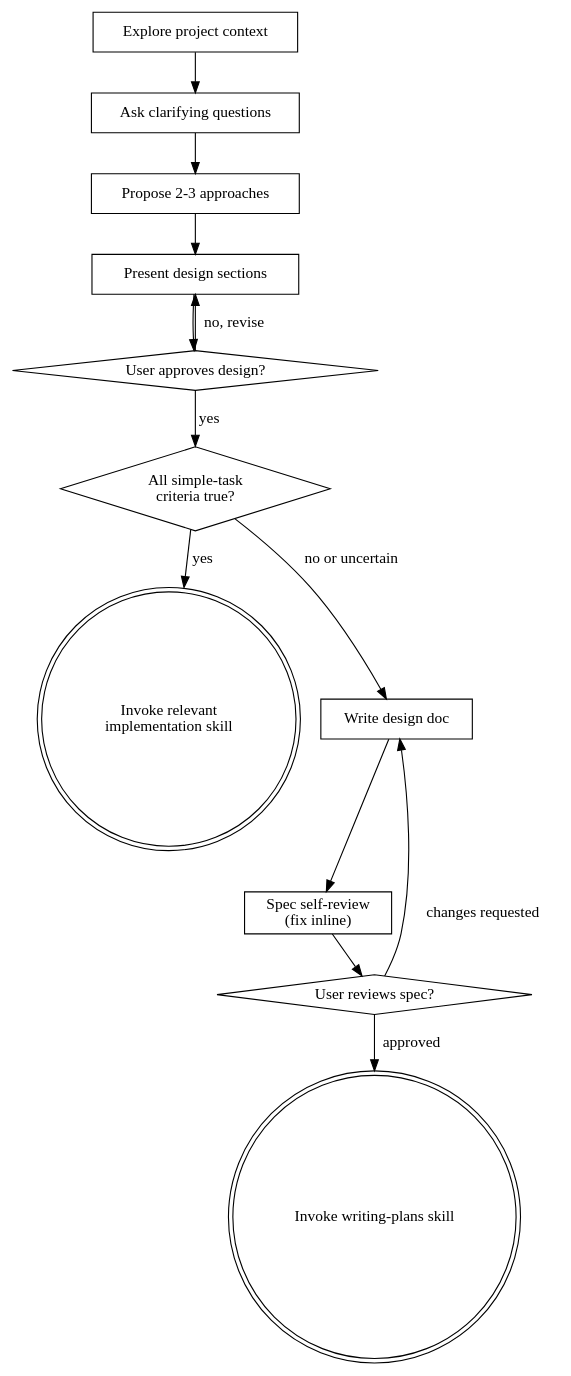
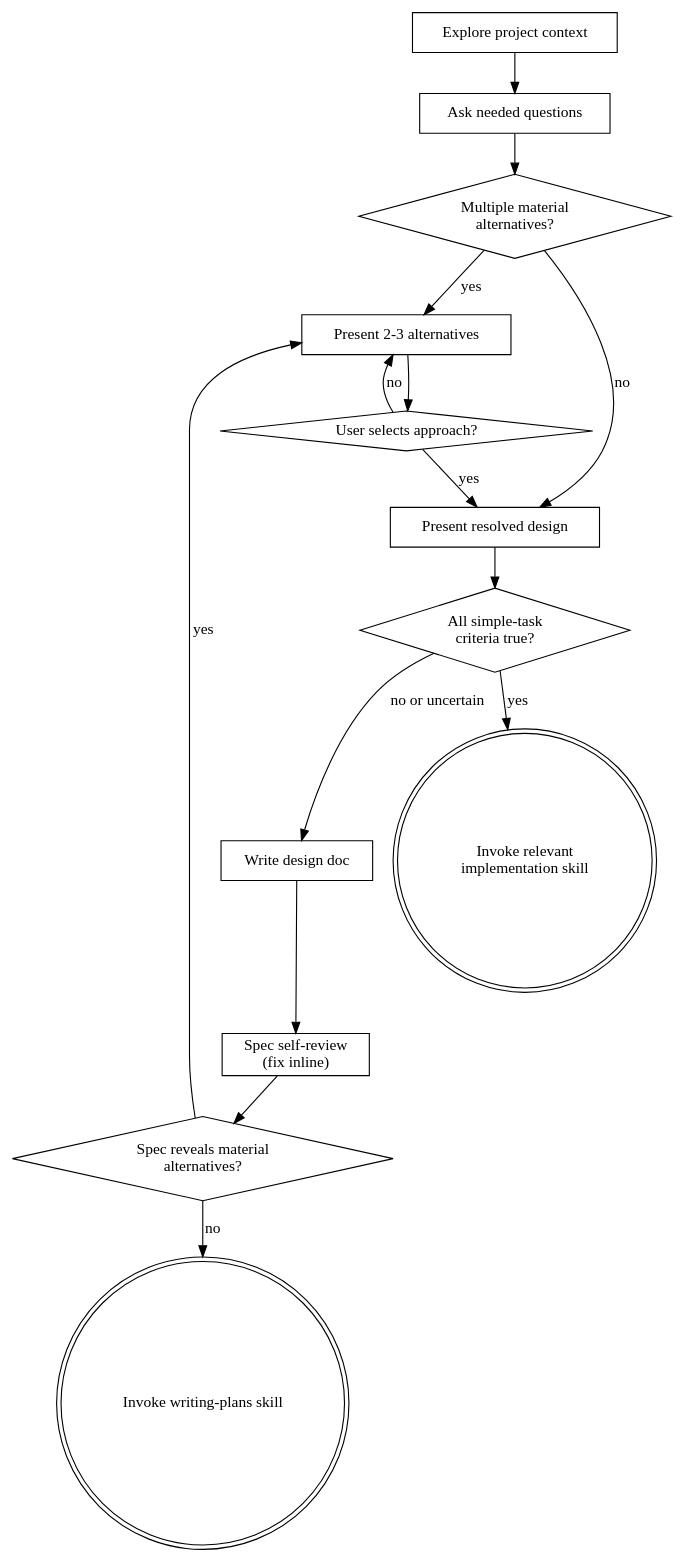
One commit to hktonylee/superpowers changed the diagram in skills/brainstorming/SKILL.md. Above: the diagram before and after it, drawn with Graphviz. The commit also changed other lines of this file and 2 other files, not shown here.

````diff
--- a/skills/brainstorming/SKILL.md
+++ b/skills/brainstorming/SKILL.md
@@ -36,28 +35,31 @@
 ```dot
 digraph brainstorming {
     "Explore project context" [shape=box];
-    "Ask clarifying questions" [shape=box];
-    "Propose 2-3 approaches" [shape=box];
-    "Present design sections" [shape=box];
-    "User approves design?" [shape=diamond];
+    "Ask needed questions" [shape=box];
+    "Multiple material\nalternatives?" [shape=diamond];
+    "Present 2-3 alternatives" [shape=box];
+    "User selects approach?" [shape=diamond];
+    "Present resolved design" [shape=box];
     "All simple-task\ncriteria true?" [shape=diamond];
     "Invoke relevant\nimplementation skill" [shape=doublecircle];
     "Write design doc" [shape=box];
     "Spec self-review\n(fix inline)" [shape=box];
-    "User reviews spec?" [shape=diamond];
+    "Spec reveals material\nalternatives?" [shape=diamond];
     "Invoke writing-plans skill" [shape=doublecircle];
 
-    "Explore project context" -> "Ask clarifying questions";
-    "Ask clarifying questions" -> "Propose 2-3 approaches";
-    "Propose 2-3 approaches" -> "Present design sections";
-    "Present design sections" -> "User approves design?";
-    "User approves design?" -> "Present design sections" [label="no, revise"];
-    "User approves design?" -> "All simple-task\ncriteria true?" [label="yes"];
+    "Explore project context" -> "Ask needed questions";
+    "Ask needed questions" -> "Multiple material\nalternatives?";
+    "Multiple material\nalternatives?" -> "Present 2-3 alternatives" [label="yes"];
+    "Present 2-3 alternatives" -> "User selects approach?";
+    "User selects approach?" -> "Present 2-3 alternatives" [label="no"];
+    "User selects approach?" -> "Present resolved design" [label="yes"];
+    "Multiple material\nalternatives?" -> "Present resolved design" [label="no"];
+    "Present resolved design" -> "All simple-task\ncriteria true?";
     "All simple-task\ncriteria true?" -> "Invoke relevant\nimplementation skill" [label="yes"];
     "All simple-task\ncriteria true?" -> "Write design doc" [label="no or uncertain"];
     "Write design doc" -> "Spec self-review\n(fix inline)";
-    "Spec self-review\n(fix inline)" -> "User reviews spec?";
-    "User reviews spec?" -> "Write design doc" [label="changes requested"];
-    "User reviews spec?" -> "Invoke writing-plans skill" [label="approved"];
+    "Spec self-review\n(fix inline)" -> "Spec reveals material\nalternatives?";
+    "Spec reveals material\nalternatives?" -> "Present 2-3 alternatives" [label="yes"];
+    "Spec reveals material\nalternatives?" -> "Invoke writing-plans skill" [label="no"];
 }
 ```
````
